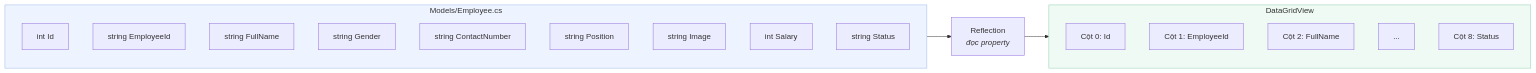
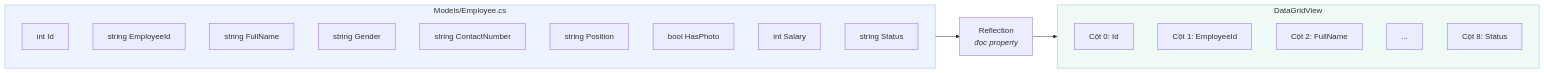
Before and after one commit to vielang/dotnet-framework-admin: the first of 4 diagrams in docs/04-datagridview-databinding.md, drawn with Mermaid. The commit also changed other lines of this file and 14 other files, not shown here.

````diff
--- a/docs/04-datagridview-databinding.md
+++ b/docs/04-datagridview-databinding.md
@@ -23,31 +23,31 @@
 ```mermaid
 flowchart LR
     subgraph M["Models/Employee.cs"]
         direction TB
         P1["int Id"]
         P2["string EmployeeId"]
         P3["string FullName"]
         P4["string Gender"]
         P5["string ContactNumber"]
         P6["string Position"]
-        P7["string Image"]
+        P7["bool HasPhoto"]
         P8["int Salary"]
         P9["string Status"]
     end
 
     R["Reflection<br/><i>đọc property</i>"]
 
     subgraph G["DataGridView"]
         direction TB
         C1["Cột 0: Id"]
         C2["Cột 1: EmployeeId"]
         C3["Cột 2: FullName"]
         C4["..."]
         C9["Cột 8: Status"]
     end
 
     M --> R --> G
 
     style M fill:#eef4ff,stroke:#9bb8e8
     style G fill:#eefaf3,stroke:#8fcfae
 ```
````
